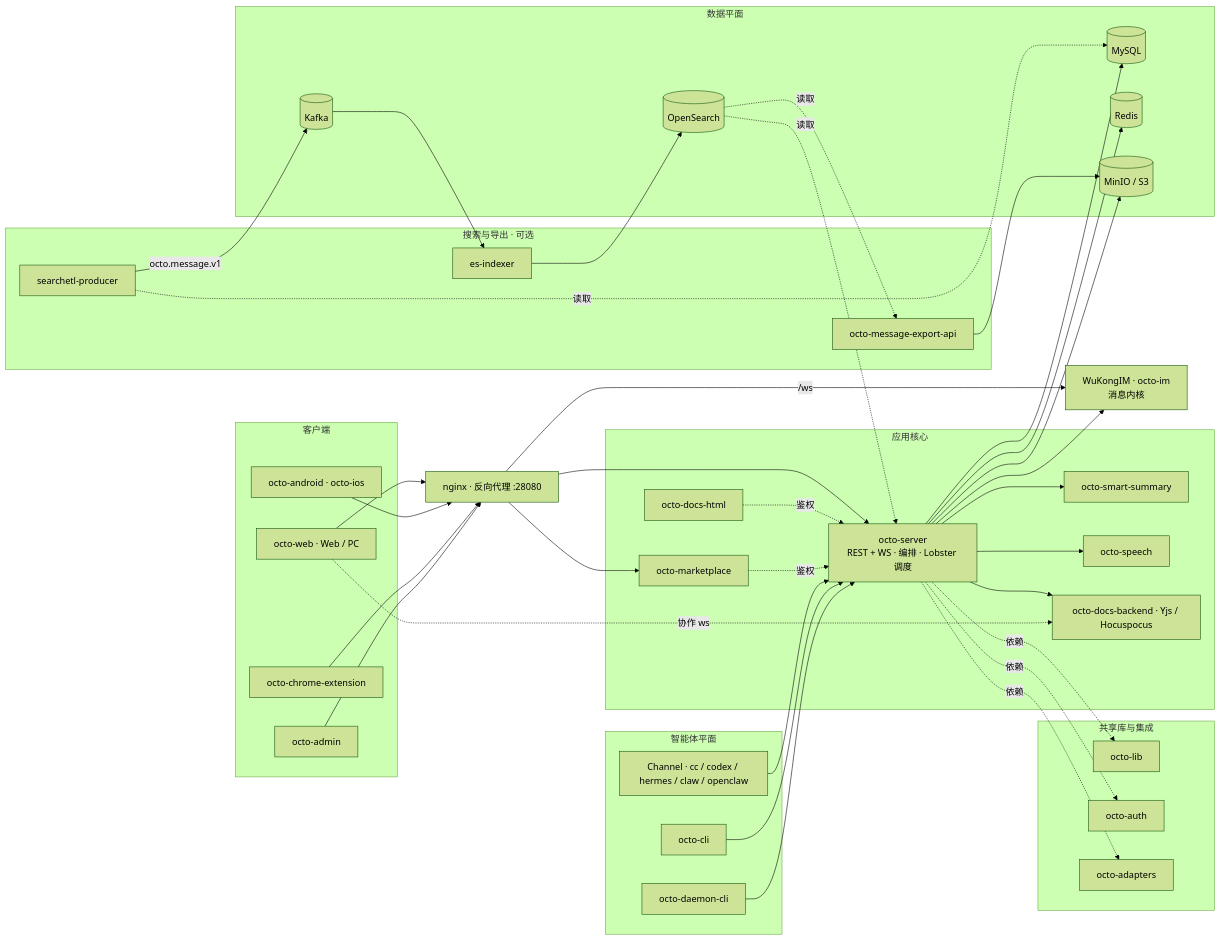
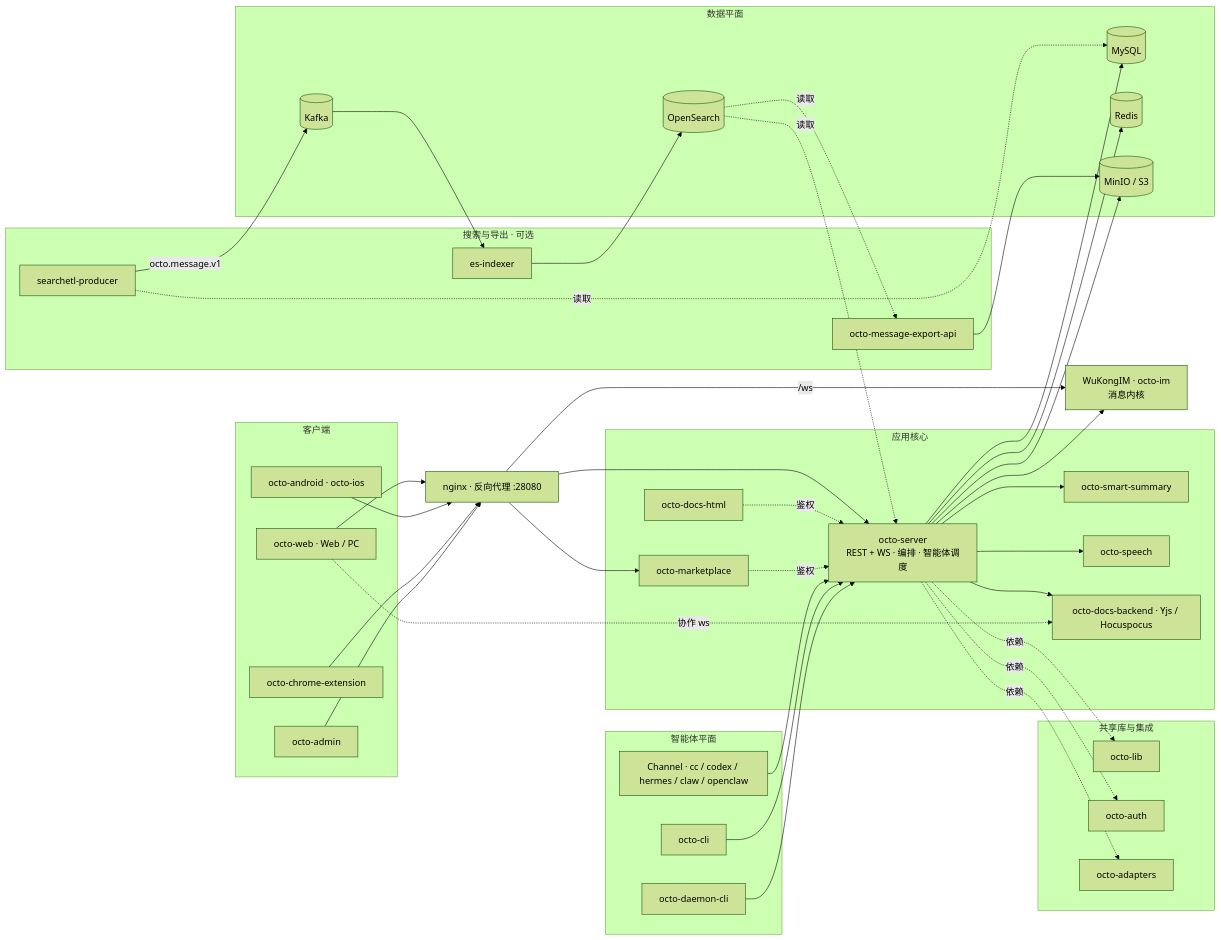
One commit to Mininglamp-OSS/octo-docs changed the diagram in zh/concepts/architecture-overview.mdx. Above: the diagram before and after it, drawn with Mermaid (forest theme). The commit also changed other lines of this file and 38 other files, not shown here.

````diff
--- a/zh/concepts/architecture-overview.mdx
+++ b/zh/concepts/architecture-overview.mdx
@@ -14,79 +14,79 @@
 ```mermaid
 graph LR
   subgraph clients["客户端"]
     web["octo-web · Web / PC"]
     mob["octo-android · octo-ios"]
     ext["octo-chrome-extension"]
     adm["octo-admin"]
   end
 
   nginx["nginx · 反向代理 :28080"]
 
   subgraph core["应用核心"]
-    server["octo-server<br/>REST + WS · 编排 · Lobster 调度"]
+    server["octo-server<br/>REST + WS · 编排 · 智能体调度"]
     summary["octo-smart-summary"]
     speech["octo-speech"]
     market["octo-marketplace"]
     dbe["octo-docs-backend · Yjs / Hocuspocus"]
     dhtml["octo-docs-html"]
   end
 
   im["WuKongIM · octo-im<br/>消息内核"]
 
   subgraph agents["智能体平面"]
     chan["Channel · cc / codex / hermes / claw / openclaw"]
     cli["octo-cli"]
     daemon["octo-daemon-cli"]
   end
 
   subgraph pipe["搜索与导出 · 可选"]
     prod["searchetl-producer"]
     esi["es-indexer"]
     exp["octo-message-export-api"]
   end
 
   subgraph data["数据平面"]
     my[("MySQL")]
     rd[("Redis")]
     obj[("MinIO / S3")]
     kf[("Kafka")]
     osx[("OpenSearch")]
   end
 
   subgraph shared["共享库与集成"]
     lib["octo-lib"]
     auth["octo-auth"]
     adp["octo-adapters"]
   end
 
   web --> nginx
   mob --> nginx
   ext --> nginx
   adm --> nginx
   nginx --> server
   nginx --> market
   nginx -->|/ws| im
   server --> im
   server --> summary
   server --> speech
   server --> dbe
   dhtml -. 鉴权 .-> server
   market -. 鉴权 .-> server
   web -. 协作 ws .-> dbe
   server --> my
   server --> rd
   server --> obj
   chan --> server
   cli --> server
   daemon --> server
   prod -. 读取 .-> my
   prod -->|octo.message.v1| kf
   kf --> esi
   esi --> osx
   osx -. 读取 .-> server
   osx -. 读取 .-> exp
   exp --> obj
   server -. 依赖 .-> lib
   server -. 依赖 .-> auth
   server -. 依赖 .-> adp
 ```
````
